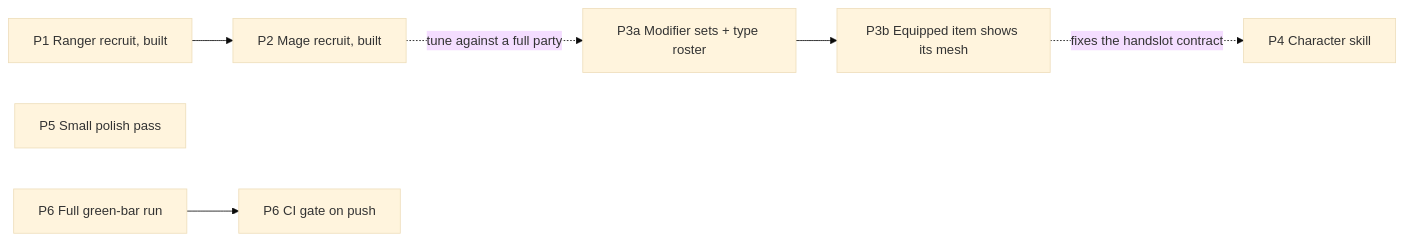
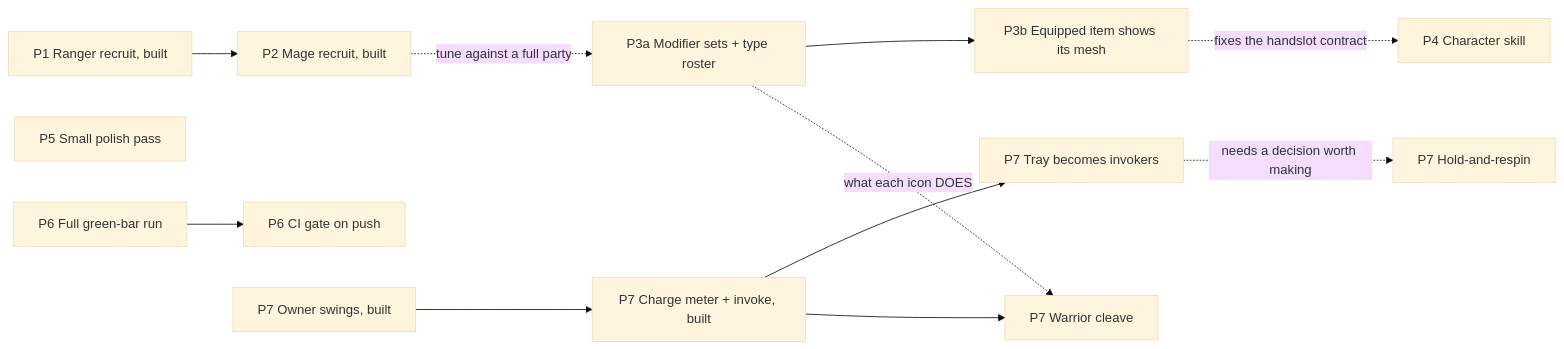
One commit to DarkCascade/Sir-Fish changed the diagram in design documents/Sir Fish - Backlog.md. Above: the diagram before and after it, drawn with Mermaid (base theme). The commit also changed other lines of this file, not shown here.

````diff
--- a/design documents/Sir Fish - Backlog.md
+++ b/design documents/Sir Fish - Backlog.md
@@ -35,9 +43,14 @@
 ```mermaid
 flowchart LR
   P1[P1 Ranger recruit, built] --> P2[P2 Mage recruit, built]
   P2 -. tune against a full party .-> P3a[P3a Modifier sets + type roster]
   P3a --> P3b[P3b Equipped item shows its mesh]
   P3b -. fixes the handslot contract .-> P4[P4 Character skill]
   P5[P5 Small polish pass]
   P6a[P6 Full green-bar run] --> P6b[P6 CI gate on push]
+  P7a[P7 Owner swings, built] --> P7b[P7 Charge meter + invoke, built]
+  P7b --> P7c[P7 Tray becomes invokers]
+  P7b --> P7d[P7 Warrior cleave]
+  P7c -. needs a decision worth making .-> P7e[P7 Hold-and-respin]
+  P3a -. what each icon DOES .-> P7d
 ```
````
